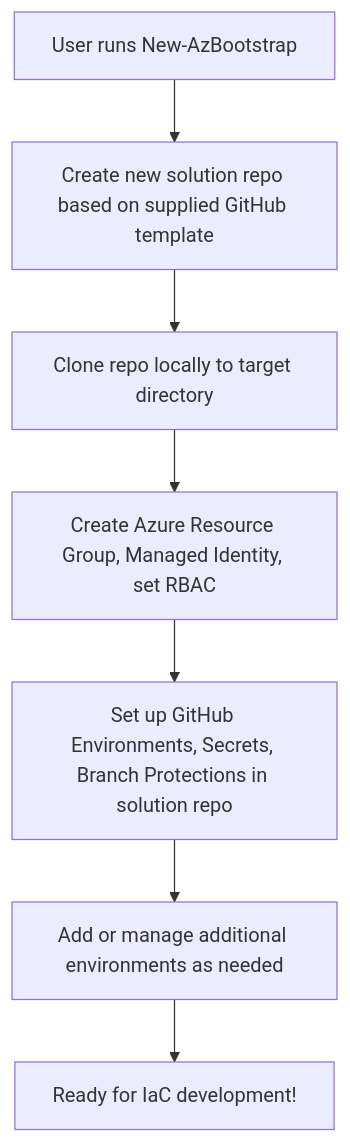
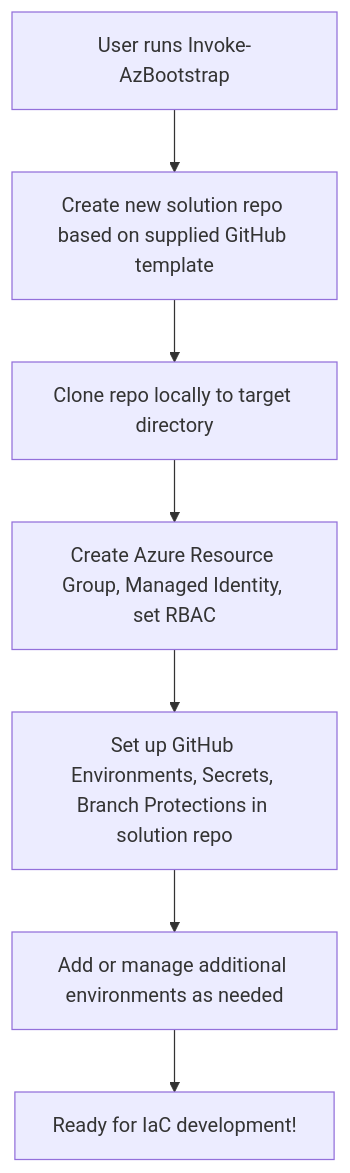
The diagram in DESIGN.md (kewalaka/az-bootstrap), drawn with Mermaid before and after one commit. The commit also changed other lines of this file and 8 other files, not shown here.

````diff
--- a/DESIGN.md
+++ b/DESIGN.md
@@ -44,9 +44,9 @@
 ```mermaid
 flowchart TD
-    A[User runs New-AzBootstrap] --> B[Create new solution repo based on supplied GitHub template]
+    A[User runs Invoke-AzBootstrap] --> B[Create new solution repo based on supplied GitHub template]
     B --> C[Clone repo locally to target directory]
     C --> D[Create Azure Resource Group, Managed Identity, set RBAC]
     D --> E[Set up GitHub Environments, Secrets, Branch Protections in solution repo]
     E --> F[Add or manage additional environments as needed]
     F --> G[Ready for IaC development!]
 ```
````
